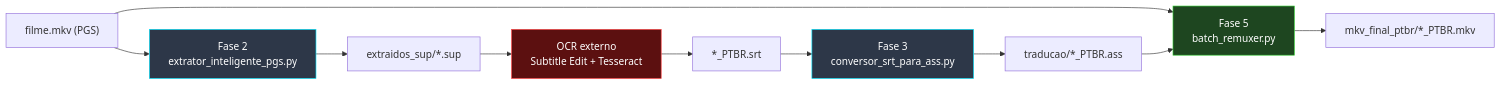
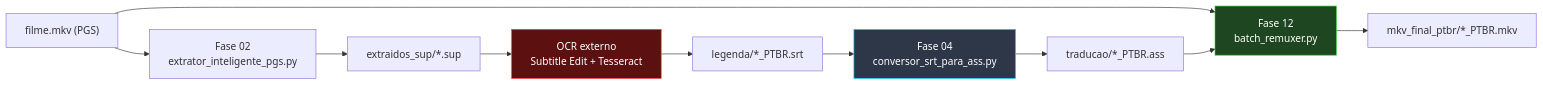
Before and after one commit to carmipa/projeto-tracker-animes-traducao: the fourth of 15 diagrams in docs/arquitetura.md, drawn with Mermaid. The commit also changed other lines of this file and 42 other files, not shown here.

````diff
--- a/docs/arquitetura.md
+++ b/docs/arquitetura.md
@@ -156,18 +177,16 @@
 ```mermaid
 flowchart LR
-    MKV["filme.mkv (PGS)"] --> F2["Fase 2\nextrator_inteligente_pgs.py"]
-    F2 --> SUP["extraidos_sup/*.sup"]
-    SUP --> OCR["OCR externo\nSubtitle Edit + Tesseract"]
-    OCR --> SRT["*_PTBR.srt"]
-    SRT --> F3["Fase 3\nconversor_srt_para_ass.py"]
-    F3 --> ASS["traducao/*_PTBR.ass"]
+    C_MKV["filme.mkv (PGS)"] --> C_F02["Fase 02<br/>extrator_inteligente_pgs.py"]
+    C_F02 --> C_SUP["extraidos_sup/*.sup"]
+    C_SUP --> C_OCR["OCR externo<br/>Subtitle Edit + Tesseract"]
+    C_OCR --> C_SRTPT["legenda/*_PTBR.srt"]
+    C_SRTPT --> C_F04["Fase 04<br/>conversor_srt_para_ass.py"]
+    C_F04 --> C_ASS["traducao/*_PTBR.ass"]
+    C_MKV --> C_F12["Fase 12<br/>batch_remuxer.py"]
+    C_ASS --> C_F12
+    C_F12 --> C_OUT["mkv_final_ptbr/*_PTBR.mkv"]
 
-    MKV --> F5["Fase 5\nbatch_remuxer.py"]
-    ASS --> F5
-    F5 --> OUT["mkv_final_ptbr/*_PTBR.mkv"]
-
-    style F2 fill:#2d3748,stroke:#00E5FF,color:#fff
-    style OCR fill:#5c1010,stroke:#ff4444,color:#fff
-    style F3 fill:#2d3748,stroke:#00E5FF,color:#fff
-    style F5 fill:#1e4620,stroke:#32CD32,color:#fff
+    style C_OCR fill:#5c1010,stroke:#ff4444,color:#fff
+    style C_F04 fill:#2d3748,stroke:#00E5FF,color:#fff
+    style C_F12 fill:#1e4620,stroke:#32CD32,color:#fff
 ```
````
